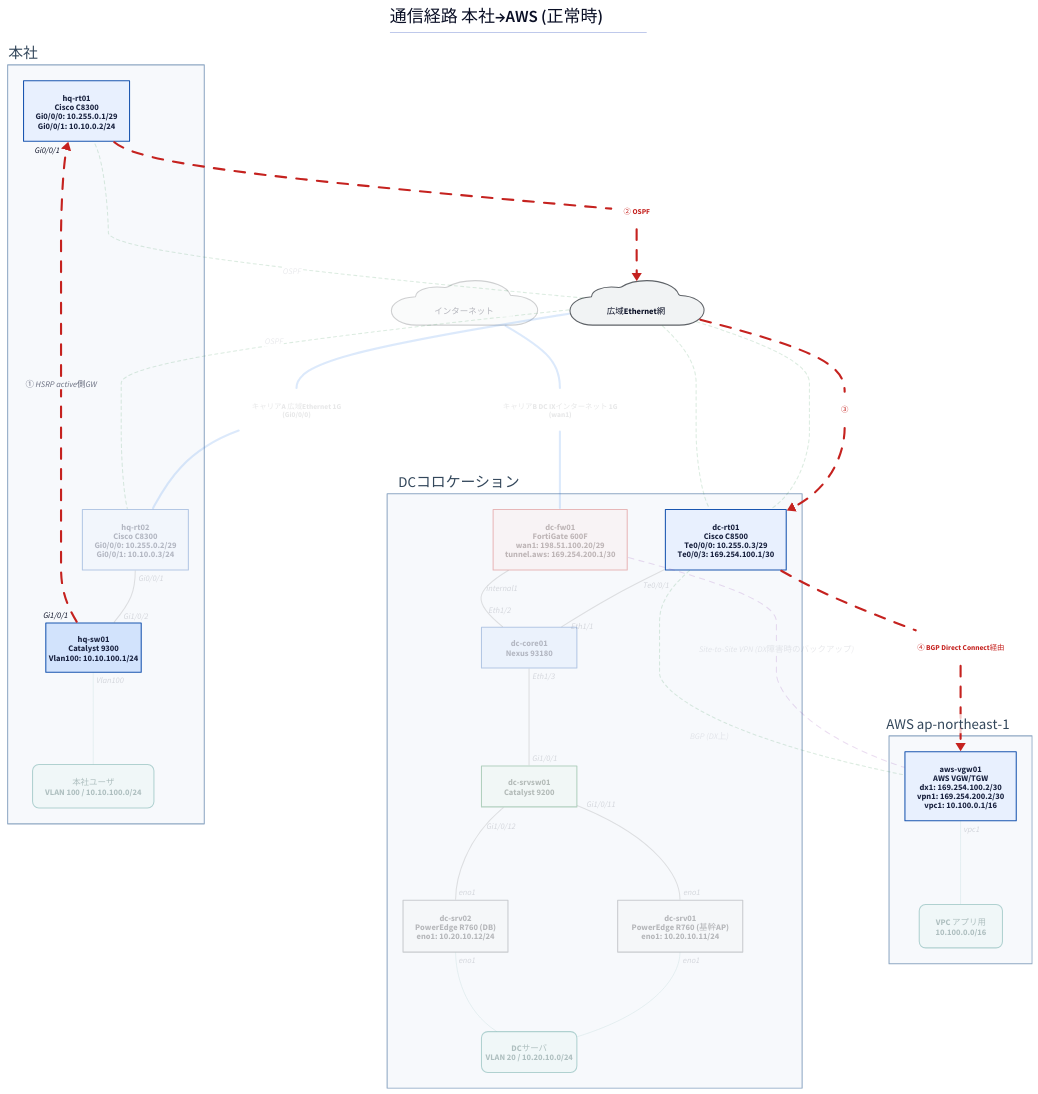
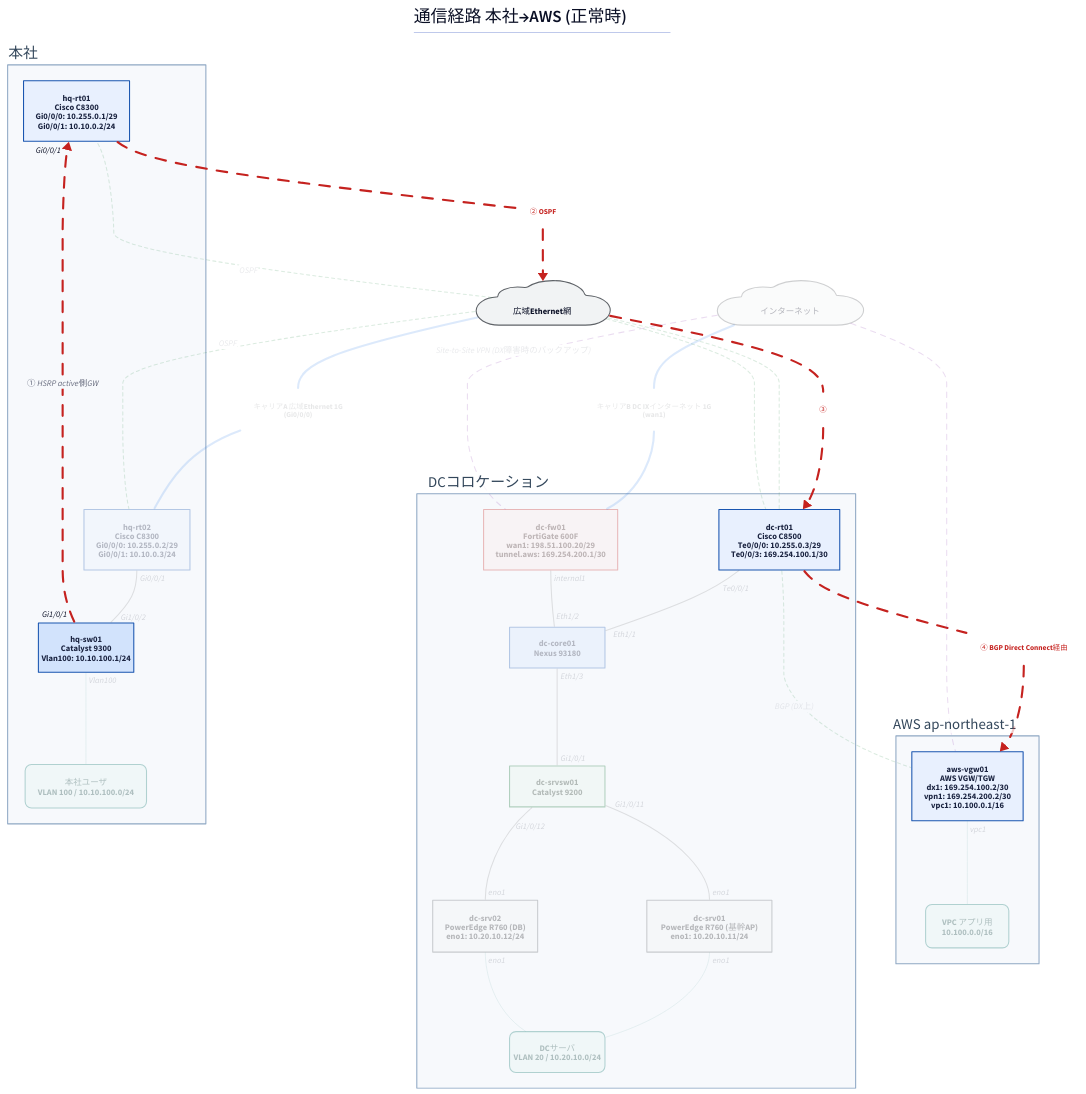
One commit to thinas1115/nwdsl changed the diagram in examples/hq-dc-cloud/generated/path-normal.d2. Above: the diagram before and after it, drawn with D2. The commit also changed 51 other files, not shown here.

```diff
--- a/examples/hq-dc-cloud/generated/path-normal.d2
+++ b/examples/hq-dc-cloud/generated/path-normal.d2
@@ -1,87 +1,88 @@
 title: |md
   # 通信経路 本社→AWS (正常時)
 | {near: top-center}
 direction: down
 
 classes: {
   role-router: {style.fill: "#e8f0fe"; style.stroke: "#1a56b0"; style.font-color: "#1a2340"}
   role-l3switch: {style.fill: "#d2e3fc"; style.stroke: "#1a56b0"; style.font-color: "#1a2340"}
   role-l2switch: {style.fill: "#e6f4ea"; style.stroke: "#137333"; style.font-color: "#1a2e1f"}
   role-firewall: {style.fill: "#fce8e6"; style.stroke: "#c5221f"; style.font-color: "#3c1a19"}
   role-other: {style.fill: "#f1f3f4"; style.stroke: "#5f6368"; style.font-color: "#202124"}
   node-cloud: {shape: cloud; style.fill: "#f1f3f4"; style.stroke: "#5f6368"}
   node-site: {style.fill: "#fff8e1"; style.stroke: "#b58105"; style.font-color: "#4a3a08"}
   node-segment: {style.fill: "#e2f5f0"; style.stroke: "#0f766e"; style.font-color: "#0b3d38"; style.border-radius: 12}
   node-external: {style.fill: "#ffffff"; style.stroke: "#9aa0a6"; style.stroke-dash: 3}
   group-site: {style.fill: "#f7f9fc"; style.stroke: "#8fa8c4"; style.font-color: "#33475b"}
   edge-label: {style.fill: "transparent"; style.stroke: "transparent"; style.font-size: 14; style.font-color: "#5f6368"; style.italic: true}
   edge-lan-cable: {style.stroke: "#4a4a4a"; style.stroke-width: 2}
   edge-wan-circuit: {style.stroke: "#1a73e8"; style.stroke-width: 4}
   edge-tunnel: {style.stroke: "#7b1fa2"; style.stroke-width: 2; style.stroke-dash: 5}
   edge-logical: {style.stroke: "#188038"; style.stroke-width: 2; style.stroke-dash: 3}
   edge-segment: {style.stroke: "#0f766e"; style.stroke-width: 1}
 }
 
 s_hq: "本社" {
   class: group-site
   label.near: outside-top-left
   n_hq_rt01: "hq-rt01\nCisco C8300\nGi0/0/0: 10.255.0.1/29\nGi0/0/1: 10.10.0.2/24" {class: role-router}
   n_hq_sw01: "hq-sw01\nCatalyst 9300\nVlan100: 10.10.100.1/24" {class: role-l3switch; width: 180}
   n_hq_rt02: "hq-rt02\nCisco C8300\nGi0/0/0: 10.255.0.2/29\nGi0/0/1: 10.10.0.3/24" {class: role-router; style.opacity: 0.3}
   n_seg__hq_users: "本社ユーザ\nVLAN 100 / 10.10.100.0/24" {class: node-segment; style.opacity: 0.3}
 }
 
 s_dc: "DCコロケーション" {
   class: group-site
   label.near: outside-top-left
   n_dc_rt01: "dc-rt01\nCisco C8500\nTe0/0/0: 10.255.0.3/29\nTe0/0/3: 169.254.100.1/30" {class: role-router}
   n_dc_core01: "dc-core01\nNexus 93180" {class: role-l3switch; width: 180; style.opacity: 0.3}
   n_dc_fw01: "dc-fw01\nFortiGate 600F\nwan1: 198.51.100.20/29\ntunnel.aws: 169.254.200.1/30" {class: role-firewall; style.opacity: 0.3}
   n_dc_srvsw01: "dc-srvsw01\nCatalyst 9200" {class: role-l2switch; width: 180; style.opacity: 0.3}
   n_dc_srv01: "dc-srv01\nPowerEdge R760 (基幹AP)\neno1: 10.20.10.11/24" {class: role-other; style.opacity: 0.3}
   n_dc_srv02: "dc-srv02\nPowerEdge R760 (DB)\neno1: 10.20.10.12/24" {class: role-other; style.opacity: 0.3}
   n_seg__dc_servers: "DCサーバ\nVLAN 20 / 10.20.10.0/24" {class: node-segment; width: 180; style.opacity: 0.3}
 }
 
 s_aws: "AWS ap-northeast-1" {
   class: group-site
   label.near: outside-top-left
   n_aws_vgw01: "aws-vgw01\nAWS VGW/TGW\ndx1: 169.254.100.2/30\nvpn1: 169.254.200.2/30\nvpc1: 10.100.0.1/16" {class: role-router}
   n_seg__aws_vpc_app: "VPC アプリ用\n10.100.0.0/16" {class: node-segment; style.opacity: 0.3}
 }
 
 n_wide_ether: "　広域Ethernet網　" {class: node-cloud}
 n_internet: "　インターネット　" {class: node-cloud; style.opacity: 0.3}
 
 s_hq.n_hq_sw01 -> s_hq.n_hq_rt01: "① HSRP active側GW" {class: edge-lan-cable; source-arrowhead.label: "Gi1/0/1"; target-arrowhead.label: "Gi0/0/1"; style.stroke: "#c5221f"; style.stroke-width: 4; style.animated: true}
 s_hq.n_hq_rt02 -- s_hq.n_hq_sw01 {class: edge-lan-cable; source-arrowhead.label: "Gi0/0/1"; target-arrowhead.label: "Gi1/0/2"; style.opacity: 0.15}
 s_dc.n_dc_rt01 -- s_dc.n_dc_core01 {class: edge-lan-cable; source-arrowhead.label: "Te0/0/1"; target-arrowhead.label: "Eth1/1"; style.opacity: 0.15}
 s_dc.n_dc_fw01 -- s_dc.n_dc_core01 {class: edge-lan-cable; source-arrowhead.label: "internal1"; target-arrowhead.label: "Eth1/2"; style.opacity: 0.15}
 s_dc.n_dc_core01 -- s_dc.n_dc_srvsw01 {class: edge-lan-cable; source-arrowhead.label: "Eth1/3"; target-arrowhead.label: "Gi1/0/1"; style.opacity: 0.15}
 s_dc.n_dc_srvsw01 -- s_dc.n_dc_srv01 {class: edge-lan-cable; source-arrowhead.label: "Gi1/0/11"; target-arrowhead.label: "eno1"; style.opacity: 0.15}
 s_dc.n_dc_srvsw01 -- s_dc.n_dc_srv02 {class: edge-lan-cable; source-arrowhead.label: "Gi1/0/12"; target-arrowhead.label: "eno1"; style.opacity: 0.15}
 lbl_7: "② OSPF" {class: edge-label; style.font-color: "#c5221f"; style.bold: true}
 s_hq.n_hq_rt01 -- lbl_7 {class: edge-wan-circuit; style.stroke: "#c5221f"; style.stroke-width: 4; style.animated: true}
 lbl_7 -> n_wide_ether {class: edge-wan-circuit; style.stroke: "#c5221f"; style.stroke-width: 4; style.animated: true}
 lbl_8: "キャリアA 広域Ethernet 1G\n(Gi0/0/0)" {class: edge-label; style.opacity: 0.15}
 n_wide_ether -- lbl_8 {class: edge-wan-circuit; style.opacity: 0.15}
 lbl_8 -- s_hq.n_hq_rt02 {class: edge-wan-circuit; style.opacity: 0.15}
 lbl_9: "③" {class: edge-label; style.font-color: "#c5221f"; style.bold: true}
 n_wide_ether -- lbl_9 {class: edge-wan-circuit; style.stroke: "#c5221f"; style.stroke-width: 4; style.animated: true}
 lbl_9 -> s_dc.n_dc_rt01 {class: edge-wan-circuit; style.stroke: "#c5221f"; style.stroke-width: 4; style.animated: true}
 lbl_10: "④ BGP Direct Connect経由" {class: edge-label; style.font-color: "#c5221f"; style.bold: true}
 s_dc.n_dc_rt01 -- lbl_10 {class: edge-wan-circuit; style.stroke: "#c5221f"; style.stroke-width: 4; style.animated: true}
 lbl_10 -> s_aws.n_aws_vgw01 {class: edge-wan-circuit; style.stroke: "#c5221f"; style.stroke-width: 4; style.animated: true}
 lbl_11: "キャリアB DC IXインターネット 1G\n(wan1)" {class: edge-label; style.opacity: 0.15}
 n_internet -- lbl_11 {class: edge-wan-circuit; style.opacity: 0.15}
 lbl_11 -- s_dc.n_dc_fw01 {class: edge-wan-circuit; style.opacity: 0.15}
-s_dc.n_dc_fw01 -- s_aws.n_aws_vgw01: "Site-to-Site VPN (DX障害時のバックアップ)" {class: edge-tunnel; style.opacity: 0.15}
+n_internet -- s_dc.n_dc_fw01: "Site-to-Site VPN (DX障害時のバックアップ)" {class: edge-tunnel; style.opacity: 0.15}
+n_internet -- s_aws.n_aws_vgw01 {class: edge-tunnel; style.opacity: 0.15}
 n_wide_ether -- s_hq.n_hq_rt01: "OSPF" {class: edge-logical; style.opacity: 0.15}
 n_wide_ether -- s_dc.n_dc_rt01 {class: edge-logical; style.opacity: 0.15}
 n_wide_ether -- s_hq.n_hq_rt02: "OSPF" {class: edge-logical; style.opacity: 0.15}
 n_wide_ether -- s_dc.n_dc_rt01 {class: edge-logical; style.opacity: 0.15}
 s_dc.n_dc_rt01 -- s_aws.n_aws_vgw01: "BGP (DX上)" {class: edge-logical; style.opacity: 0.15}
 s_hq.n_hq_sw01 -- s_hq.n_seg__hq_users {class: edge-segment; source-arrowhead.label: "Vlan100"; style.opacity: 0.15}
 s_dc.n_dc_srv01 -- s_dc.n_seg__dc_servers {class: edge-segment; source-arrowhead.label: "eno1"; style.opacity: 0.15}
 s_dc.n_dc_srv02 -- s_dc.n_seg__dc_servers {class: edge-segment; source-arrowhead.label: "eno1"; style.opacity: 0.15}
 s_aws.n_aws_vgw01 -- s_aws.n_seg__aws_vpc_app {class: edge-segment; source-arrowhead.label: "vpc1"; style.opacity: 0.15}
```
